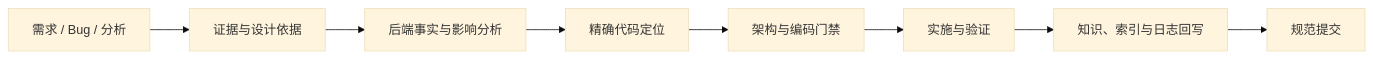
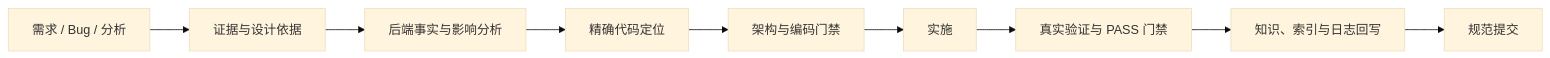
The diagram in README.md (exception-coder/team-standards), drawn with Mermaid (base theme) before and after one commit. The commit also changed other lines of this file and 13 other files, not shown here.

````diff
--- a/README.md
+++ b/README.md
@@ -17,10 +17,11 @@
 ```mermaid
 flowchart LR
     INTENT["需求 / Bug / 分析"] --> EVIDENCE["证据与设计依据"]
     EVIDENCE --> IMPACT["后端事实与影响分析"]
     IMPACT --> LOCATE["精确代码定位"]
     LOCATE --> GUARD["架构与编码门禁"]
-    GUARD --> BUILD["实施与验证"]
-    BUILD --> WRITEBACK["知识、索引与日志回写"]
+    GUARD --> BUILD["实施"]
+    BUILD --> VERIFY["真实验证与 PASS 门禁"]
+    VERIFY --> WRITEBACK["知识、索引与日志回写"]
     WRITEBACK --> COMMIT["规范提交"]
 ```
````
